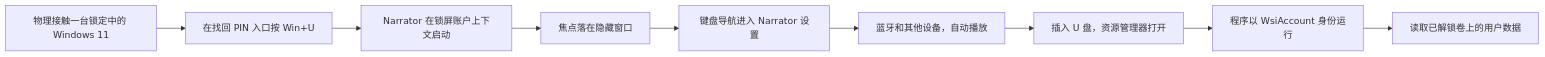
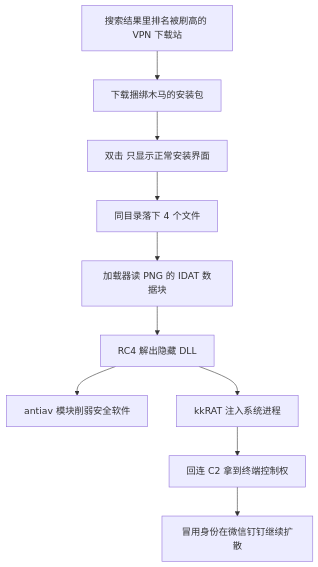
One commit to Unclecheng-li/cybersecurity-daily changed the fourth of 7 diagrams in 网安日报速递-2026年11月21日.md. Above: the diagram before and after it, drawn with Mermaid. The commit also changed other lines of this file and 2 other files, not shown here.

````diff
--- a/网安日报速递-2026年11月21日.md
+++ b/网安日报速递-2026年11月21日.md
@@ -162,11 +118,12 @@
 ```mermaid
-flowchart LR
-    A["物理接触一台锁定中的 Windows 11"] --> B["在找回 PIN 入口按 Win+U"]
-    B --> C["Narrator 在锁屏账户上下文启动"]
-    C --> D["焦点落在隐藏窗口"]
-    D --> E["键盘导航进入 Narrator 设置"]
-    E --> F["蓝牙和其他设备，自动播放"]
-    F --> G["插入 U 盘，资源管理器打开"]
-    G --> H["程序以 WsiAccount 身份运行"]
-    H --> I["读取已解锁卷上的用户数据"]
+flowchart TD
+    A[搜索结果里排名被刷高的 VPN 下载站] --> B[下载捆绑木马的安装包]
+    B --> C[双击 只显示正常安装界面]
+    C --> D[同目录落下 4 个文件]
+    D --> E[加载器读 PNG 的 IDAT 数据块]
+    E --> F[RC4 解出隐藏 DLL]
+    F --> G[antiav 模块削弱安全软件]
+    F --> H[kkRAT 注入系统进程]
+    H --> I[回连 C2 拿到终端控制权]
+    I --> J[冒用身份在微信钉钉继续扩散]
 ```
````
